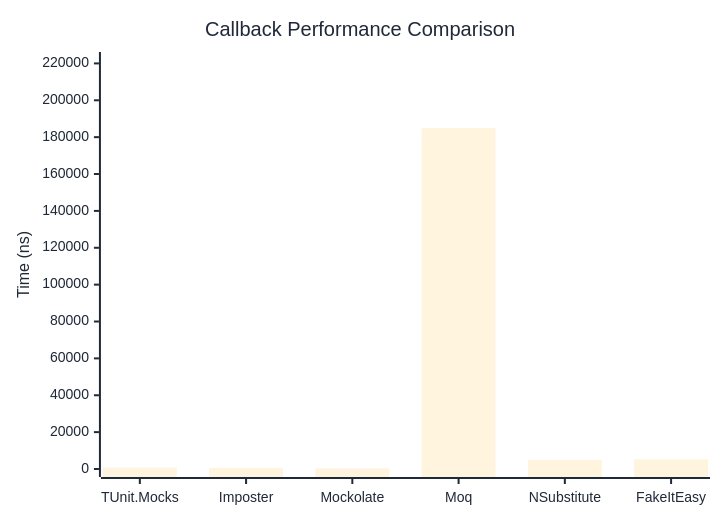
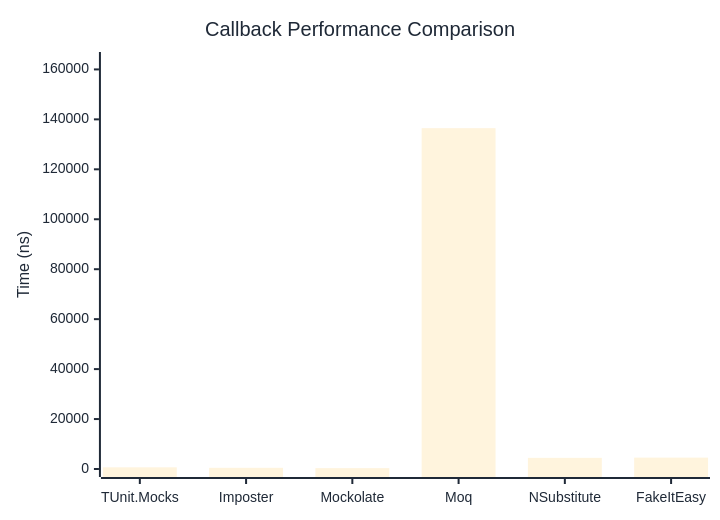
Before and after one commit to thomhurst/TUnit: the first of 2 diagrams in docs/docs/benchmarks/mocks/Callback.md, drawn with Mermaid. The commit also changed other lines of this file and 14 other files, not shown here.

````diff
--- a/docs/docs/benchmarks/mocks/Callback.md
+++ b/docs/docs/benchmarks/mocks/Callback.md
@@ -30,27 +30,27 @@
 ```mermaid
 %%{init: {
   'theme':'base',
   'themeVariables': {
     'primaryColor': '#2563eb',
     'primaryTextColor': '#1f2937',
     'primaryBorderColor': '#1e40af',
     'lineColor': '#6b7280',
     'secondaryColor': '#7c3aed',
     'tertiaryColor': '#dc2626',
     'background': '#ffffff',
     'pie1': '#2563eb',
     'pie2': '#7c3aed',
     'pie3': '#dc2626',
     'pie4': '#f59e0b',
     'pie5': '#10b981',
     'pie6': '#06b6d4',
     'pie7': '#ec4899',
     'pie8': '#6366f1'
   }
 }}%%
 xychart-beta
   title "Callback Performance Comparison"
   x-axis ["TUnit.Mocks", "Imposter", "Mockolate", "Moq", "NSubstitute", "FakeItEasy"]
-  y-axis "Time (ns)" 0 --> 221852
-  bar [752.4, 514.6, 359.2, 184876.1, 4930.9, 5238.7]
+  y-axis "Time (ns)" 0 --> 163771
+  bar [672.9, 474.9, 347.6, 136475.8, 4463, 4559]
 ```
````
